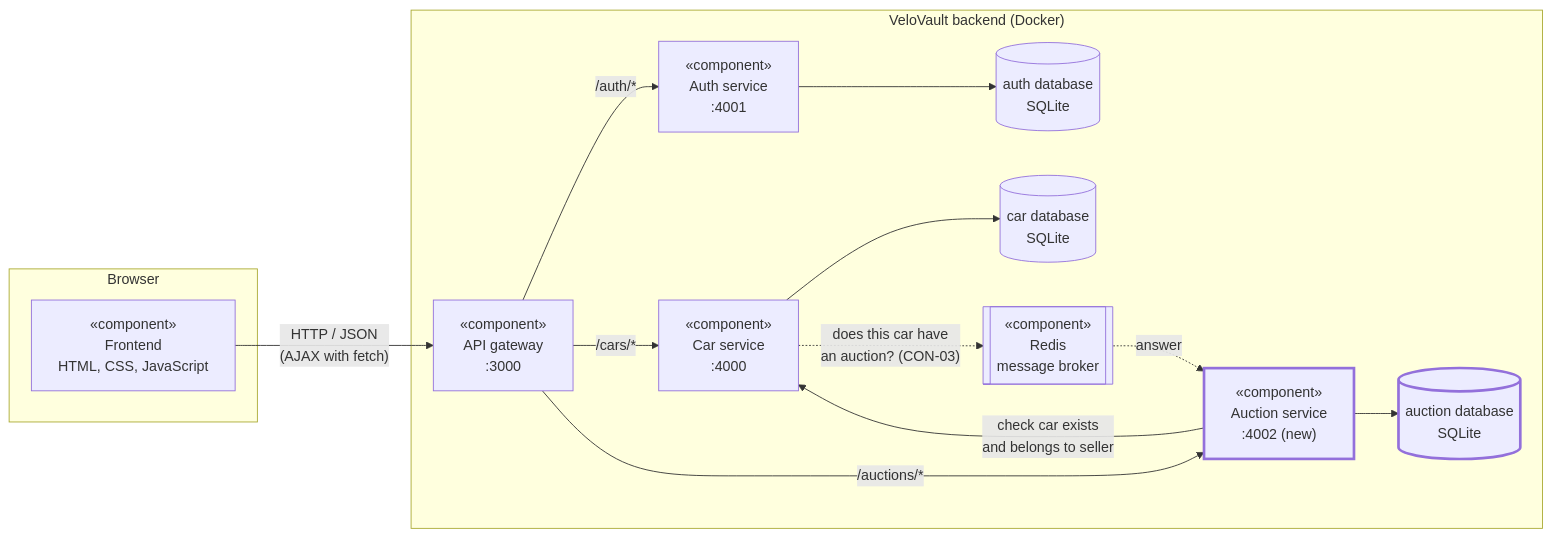
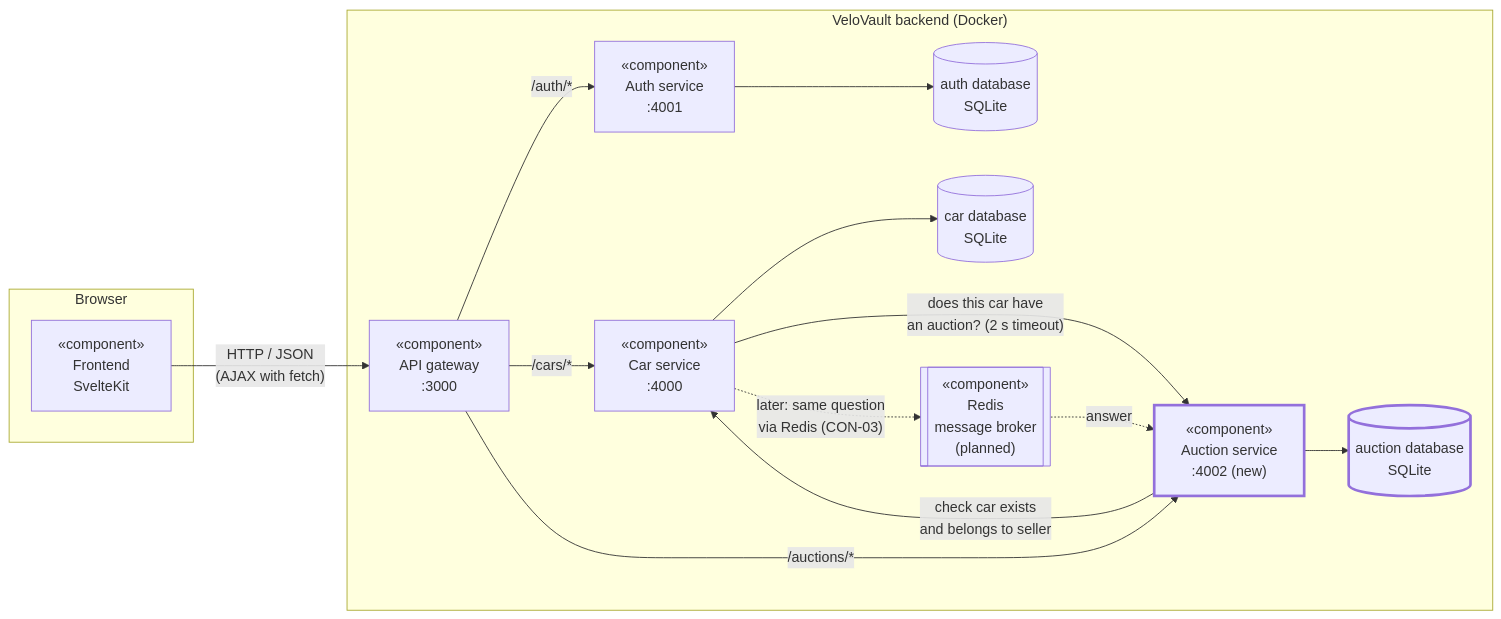
The diagram in products/component-diagram.md (Molrih004/car-auction-assignment-MouinSarhani), drawn with Mermaid before and after one commit. The commit also changed other lines of this file and 8 other files, not shown here.

````diff
--- a/products/component-diagram.md
+++ b/products/component-diagram.md
@@ -5,37 +5,38 @@
 ```mermaid
 flowchart LR
     subgraph client["Browser"]
-        fe["«component»<br/>Frontend<br/>HTML, CSS, JavaScript"]
+        fe["«component»<br/>Frontend<br/>SvelteKit"]
     end
 
     subgraph backend["VeloVault backend (Docker)"]
         gw["«component»<br/>API gateway<br/>:3000"]
 
         auth["«component»<br/>Auth service<br/>:4001"]
         car["«component»<br/>Car service<br/>:4000"]
         auc["«component»<br/>Auction service<br/>:4002 (new)"]
 
         authdb[("auth database<br/>SQLite")]
         cardb[("car database<br/>SQLite")]
         aucdb[("auction database<br/>SQLite")]
 
-        redis[["«component»<br/>Redis<br/>message broker"]]
+        redis[["«component»<br/>Redis<br/>message broker<br/>(planned)"]]
     end
 
     fe -- "HTTP / JSON<br/>(AJAX with fetch)" --> gw
 
     gw -- "/auth/*" --> auth
     gw -- "/cars/*" --> car
     gw -- "/auctions/*" --> auc
 
     auth --> authdb
     car --> cardb
     auc --> aucdb
 
     auc -- "check car exists<br/>and belongs to seller" --> car
-    car -. "does this car have<br/>an auction? (CON-03)" .-> redis
+    car -- "does this car have<br/>an auction? (2 s timeout)" --> auc
+    car -. "later: same question<br/>via Redis (CON-03)" .-> redis
     redis -. "answer" .-> auc
 
     classDef new stroke-width:3px
     class auc,aucdb new
 ```
````
